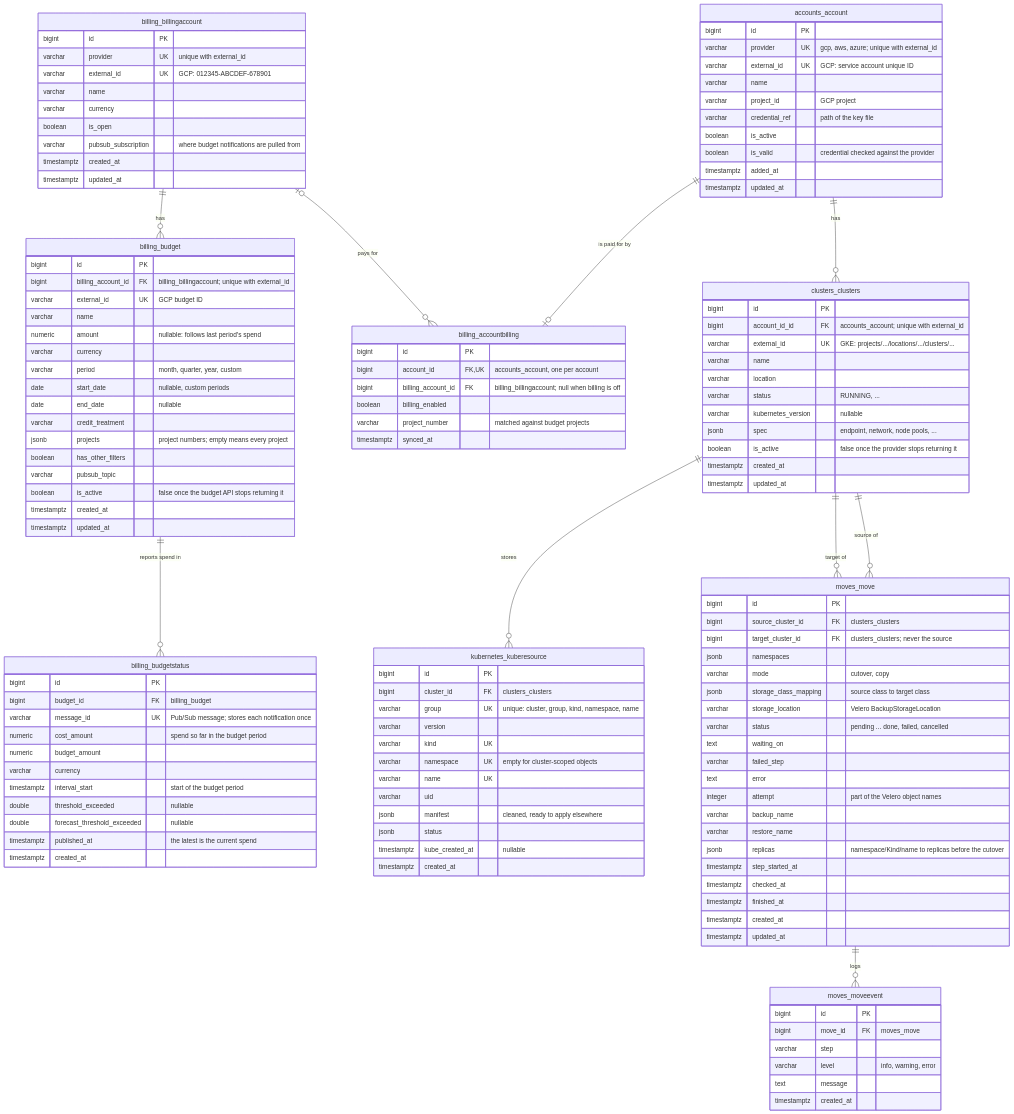
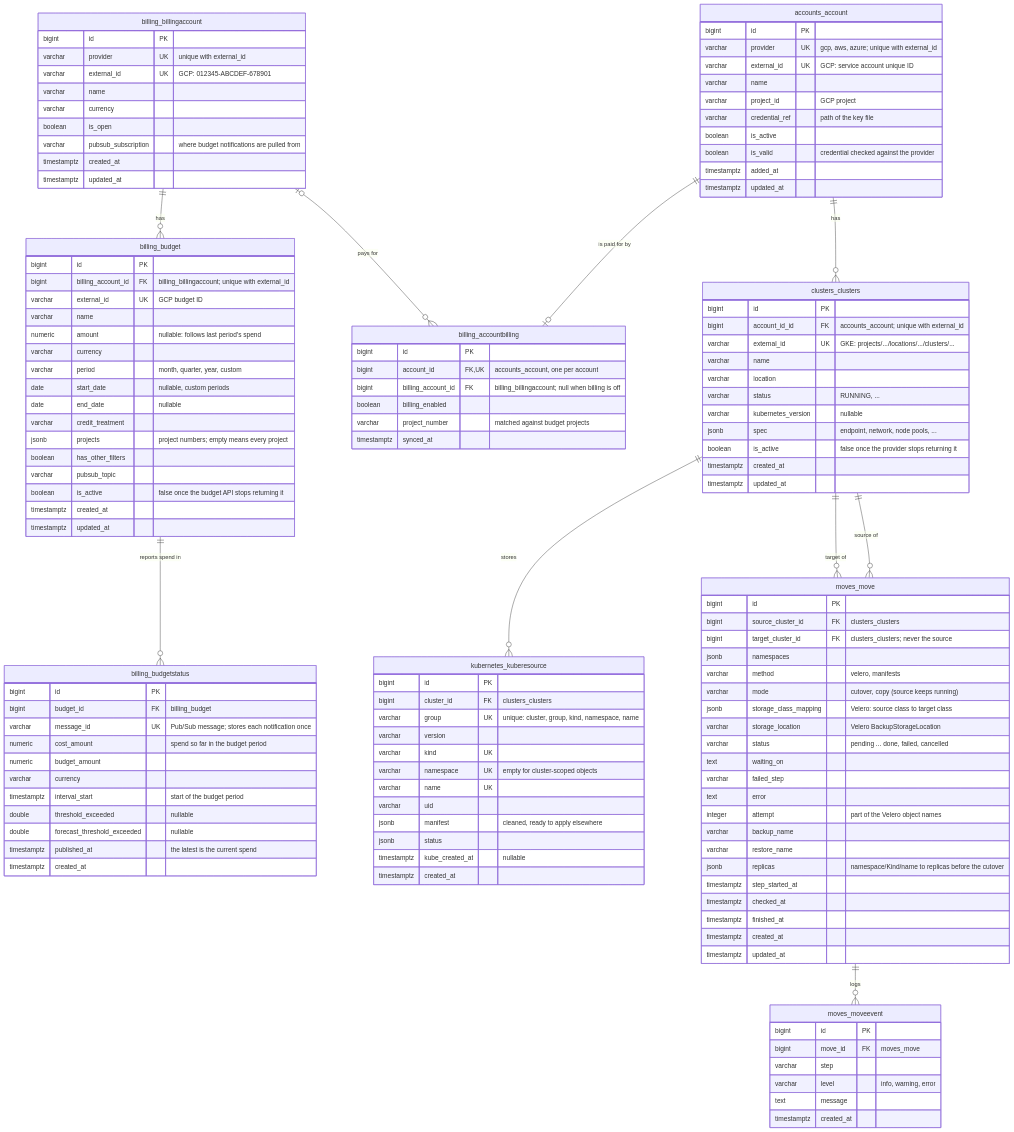
Before and after one commit to tuancloud198/cloudhop: the diagram in docs/erd.md, drawn with Mermaid. The commit also changed 14 other files, not shown here.

First line of the commit message:
Move namespaces by their manifests, without Velero

```diff
--- a/docs/erd.md
+++ b/docs/erd.md
@@ -115,8 +115,9 @@
         bigint source_cluster_id FK "clusters_clusters"
         bigint target_cluster_id FK "clusters_clusters; never the source"
         jsonb namespaces
-        varchar mode "cutover, copy"
-        jsonb storage_class_mapping "source class to target class"
+        varchar method "velero, manifests"
+        varchar mode "cutover, copy (source keeps running)"
+        jsonb storage_class_mapping "Velero: source class to target class"
         varchar storage_location "Velero BackupStorageLocation"
         varchar status "pending ... done, failed, cancelled"
         text waiting_on
```
